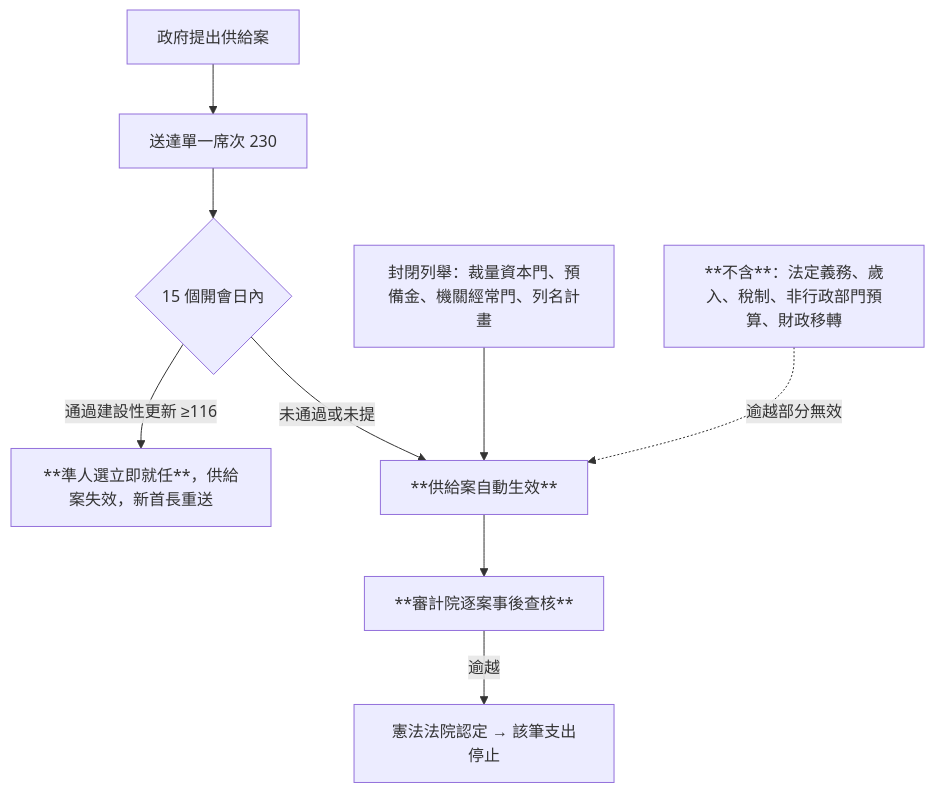
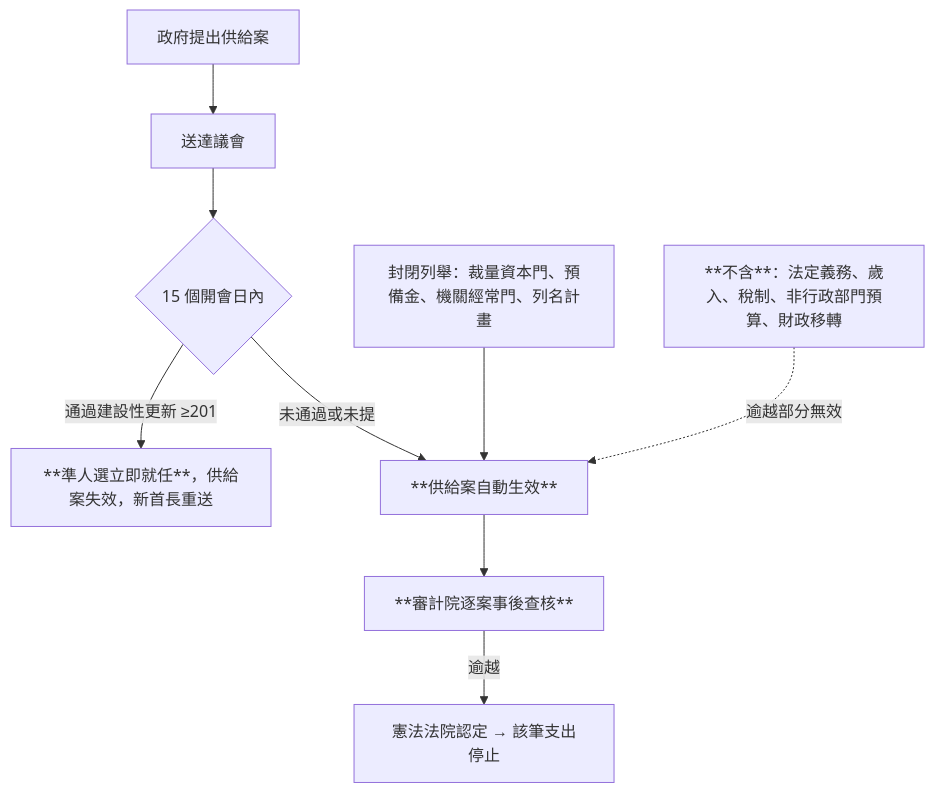
Before and after one commit to IRonROOT578/Political-Economy-Research-Public: the third of 10 diagrams in topics/regime-designs/designs/法國/一院議會制/憲政架構圖.md, drawn with Mermaid. The commit also changed other lines of this file and 241 other files, not shown here.

````diff
--- a/topics/regime-designs/designs/法國/一院議會制/憲政架構圖.md
+++ b/topics/regime-designs/designs/法國/一院議會制/憲政架構圖.md
@@ -52,11 +52,11 @@
 ```mermaid
 flowchart TD
-  Gov[政府提出供給案] --> Send[送達單一席次 230]
+  Gov[政府提出供給案] --> Send[送達議會]
   Send --> Q{15 個開會日內}
-  Q -->|通過建設性更新 ≥116| Change[**準人選立即就任**，供給案失效，新首長重送]
+  Q -->|通過建設性更新 ≥201| Change[**準人選立即就任**，供給案失效，新首長重送]
   Q -->|未通過或未提| Auto[**供給案自動生效**]
   Scope[封閉列舉：裁量資本門、預備金、機關經常門、列名計畫] --> Auto
   NoScope[**不含**：法定義務、歲入、稅制、非行政部門預算、財政移轉] -.->|逾越部分無效| Auto
   Auto --> Audit[**審計院逐案事後查核**]
   Audit -->|逾越| CC[憲法法院認定 → 該筆支出停止]
 ```
````
